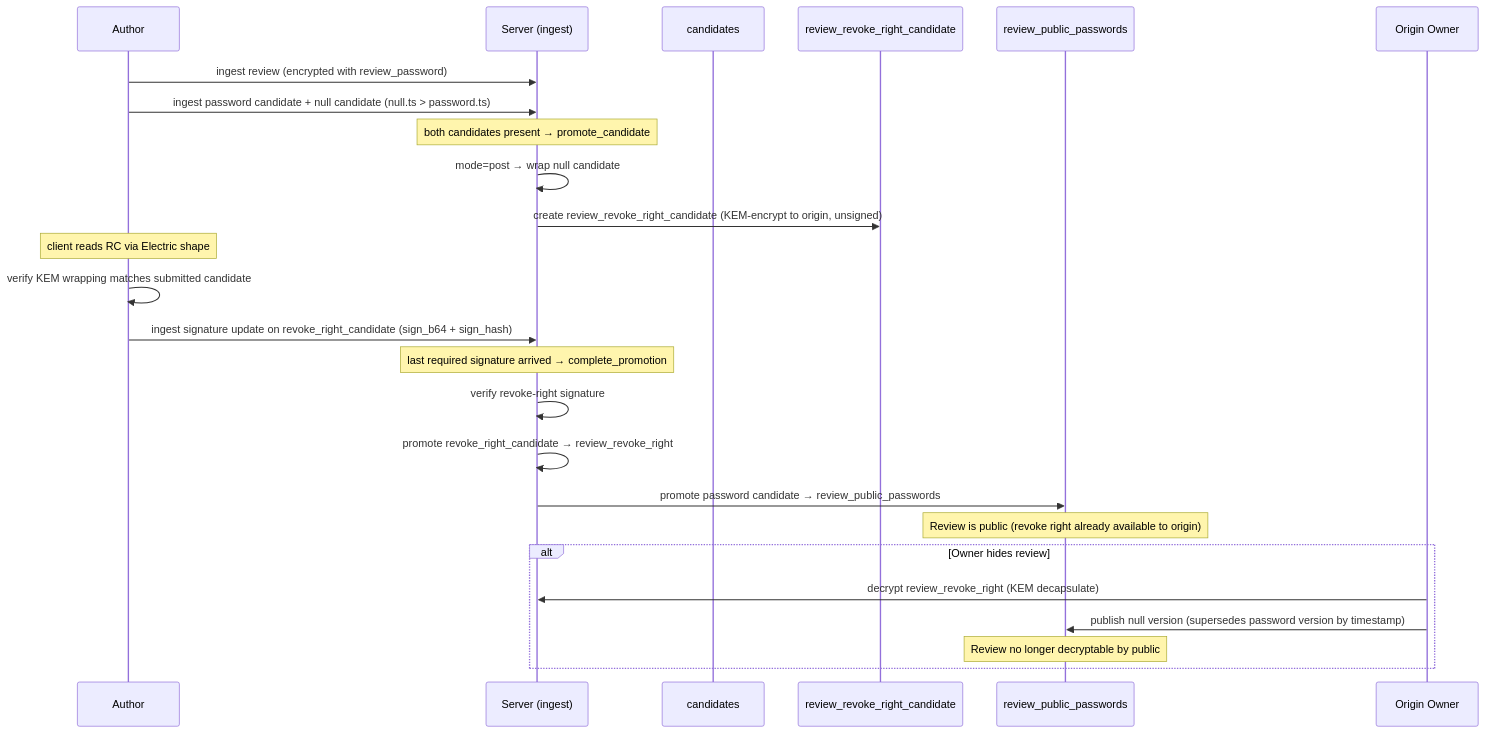
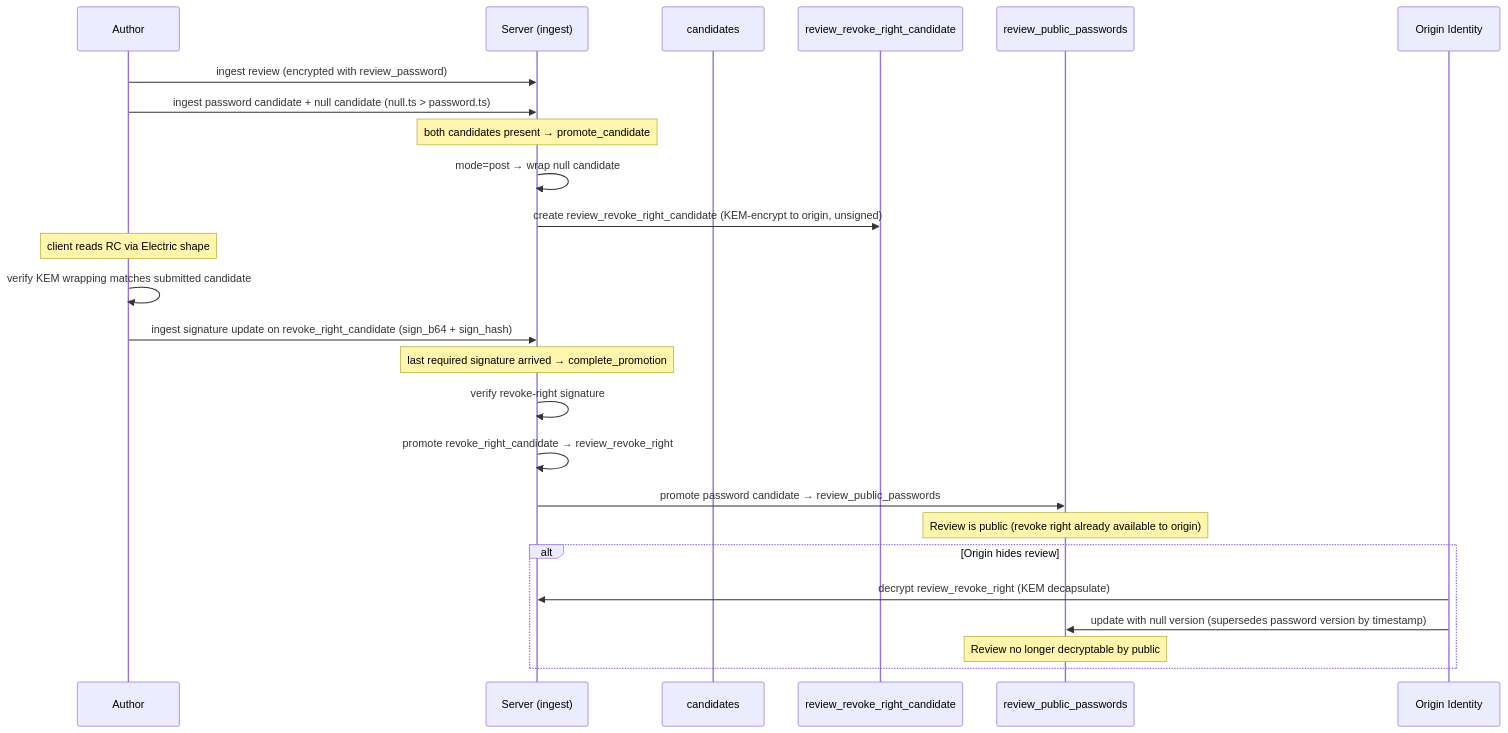
Before and after one commit to Buckitup-chat/chat: the third of 4 diagrams in docs/proposal/reviews.md, drawn with Mermaid. The commit also changed other lines of this file and 14 other files, not shown here.

Commit message:
reviews: review creation full flow

````diff
--- a/docs/proposal/reviews.md
+++ b/docs/proposal/reviews.md
@@ -174,31 +171,31 @@
 ```mermaid
 sequenceDiagram
     participant A as Author
     participant S as Server (ingest)
     participant C as candidates
     participant RC as review_revoke_right_candidate
     participant P as review_public_passwords
-    participant O as Origin Owner
+    participant O as Origin Identity
 
     A->>S: ingest review (encrypted with review_password)
     A->>S: ingest password candidate + null candidate (null.ts > password.ts)
     Note over S: both candidates present → promote_candidate
     S->>S: mode=post → wrap null candidate
     S->>RC: create review_revoke_right_candidate (KEM-encrypt to origin, unsigned)
 
     Note over A: client reads RC via Electric shape
     A->>A: verify KEM wrapping matches submitted candidate
     A->>S: ingest signature update on revoke_right_candidate (sign_b64 + sign_hash)
     Note over S: last required signature arrived → complete_promotion
     S->>S: verify revoke-right signature
     S->>S: promote revoke_right_candidate → review_revoke_right
     S->>P: promote password candidate → review_public_passwords
 
     Note over P: Review is public (revoke right already available to origin)
 
-    alt Owner hides review
+    alt Origin hides review
         O->>S: decrypt review_revoke_right (KEM decapsulate)
-        O->>P: publish null version (supersedes password version by timestamp)
+        O->>P: update with null version (supersedes password version by timestamp)
         Note over P: Review no longer decryptable by public
     end
 ```
````
